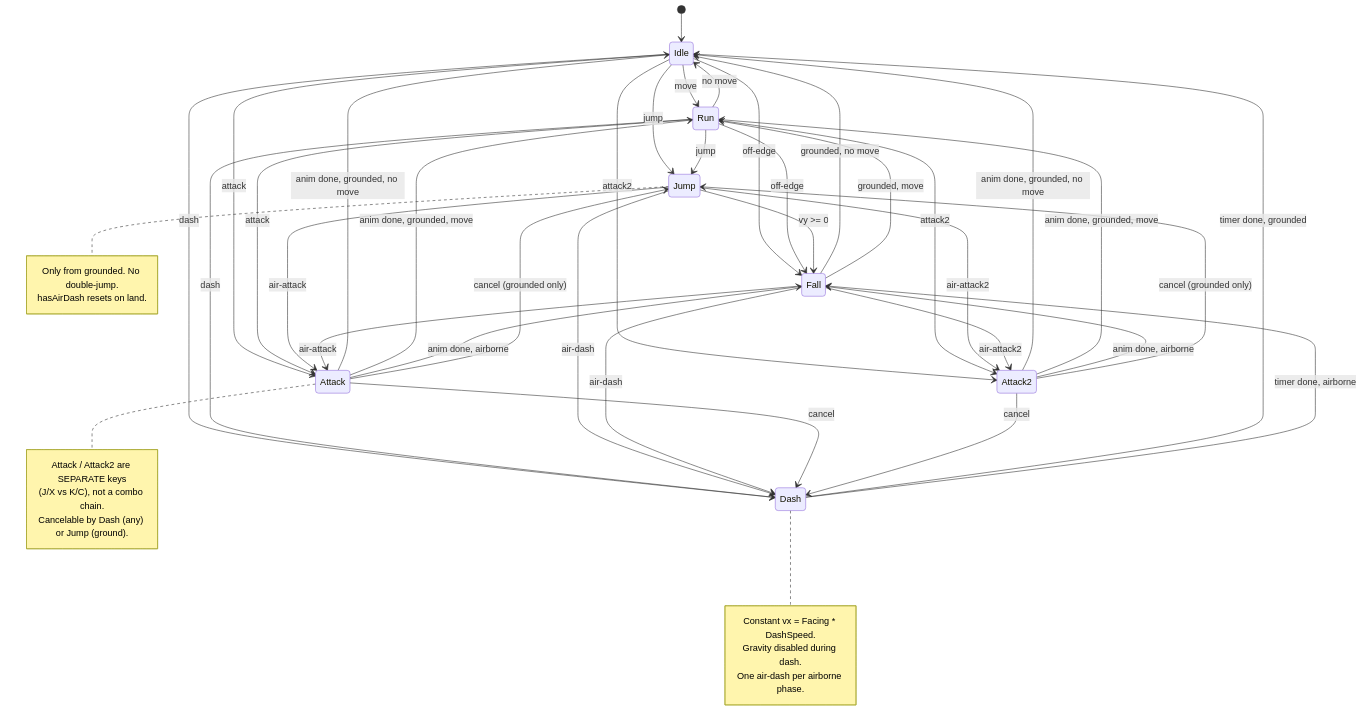
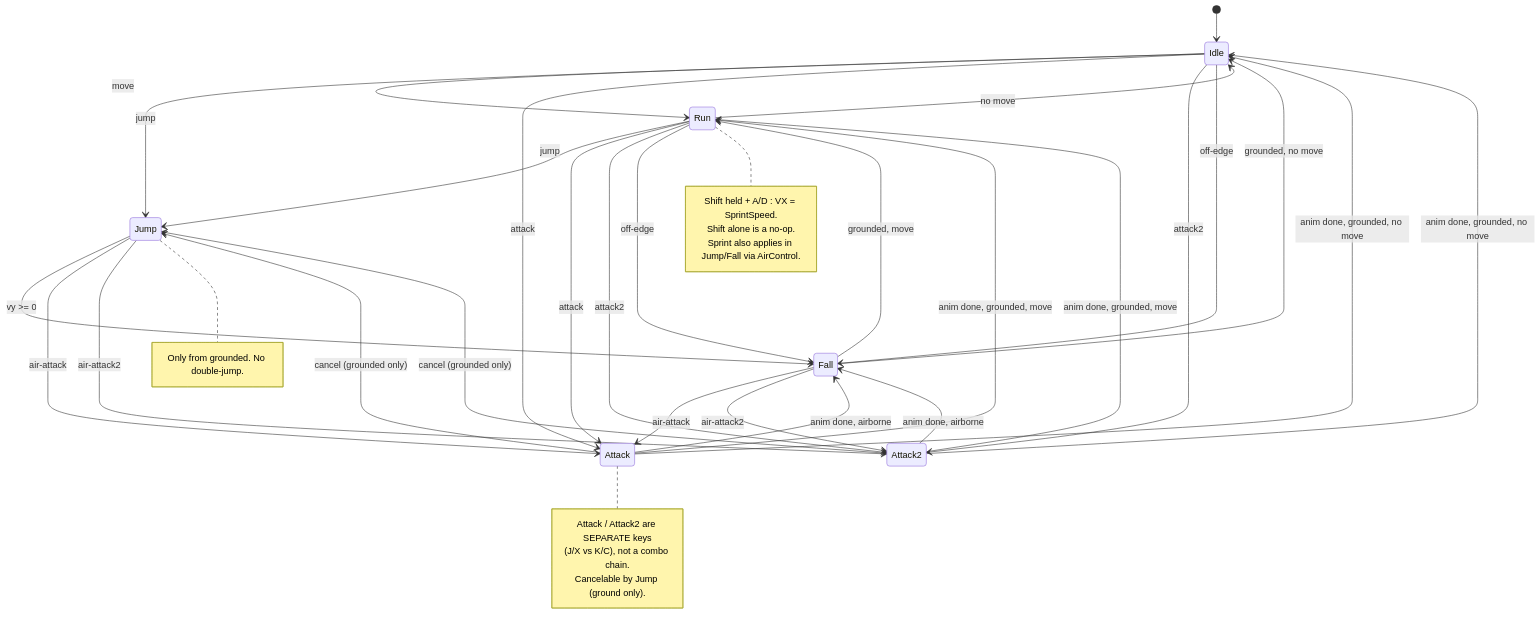
The second of 2 diagrams in docs/superpowers/specs/2026-04-21-char1-controller-design.md (vukyn/claude-pixel-game), drawn with Mermaid before and after one commit. The commit also changed other lines of this file and 1 other file, not shown here.

First line of the commit message:
tune(sprint): sprint_speed 700→420 (1.5× run_speed); sync spec doc

````diff
--- a/docs/superpowers/specs/2026-04-21-char1-controller-design.md
+++ b/docs/superpowers/specs/2026-04-21-char1-controller-design.md
@@ -334,61 +339,51 @@
 ```mermaid
 stateDiagram-v2
     [*] --> Idle
 
     Idle --> Run: move
     Idle --> Jump: jump
-    Idle --> Dash: dash
     Idle --> Attack: attack
     Idle --> Attack2: attack2
     Idle --> Fall: off-edge
 
     Run --> Idle: no move
     Run --> Jump: jump
-    Run --> Dash: dash
     Run --> Attack: attack
     Run --> Attack2: attack2
     Run --> Fall: off-edge
 
     Jump --> Fall: vy >= 0
-    Jump --> Dash: air-dash
     Jump --> Attack: air-attack
     Jump --> Attack2: air-attack2
 
     Fall --> Idle: grounded, no move
     Fall --> Run: grounded, move
-    Fall --> Dash: air-dash
     Fall --> Attack: air-attack
     Fall --> Attack2: air-attack2
-
-    Dash --> Idle: timer done, grounded
-    Dash --> Fall: timer done, airborne
 
     Attack --> Idle: anim done, grounded, no move
     Attack --> Run: anim done, grounded, move
     Attack --> Fall: anim done, airborne
     Attack --> Jump: cancel (grounded only)
-    Attack --> Dash: cancel
 
     Attack2 --> Idle: anim done, grounded, no move
     Attack2 --> Run: anim done, grounded, move
     Attack2 --> Fall: anim done, airborne
     Attack2 --> Jump: cancel (grounded only)
-    Attack2 --> Dash: cancel
 
     note right of Jump
       Only from grounded. No double-jump.
-      hasAirDash resets on land.
     end note
 
-    note right of Dash
-      Constant vx = Facing * DashSpeed.
-      Gravity disabled during dash.
-      One air-dash per airborne phase.
+    note right of Run
+      Shift held + A/D : VX = SprintSpeed.
+      Shift alone is a no-op.
+      Sprint also applies in Jump/Fall via AirControl.
     end note
 
     note right of Attack
       Attack / Attack2 are SEPARATE keys
       (J/X vs K/C), not a combo chain.
-      Cancelable by Dash (any) or Jump (ground).
+      Cancelable by Jump (ground only).
     end note
 ```
````
